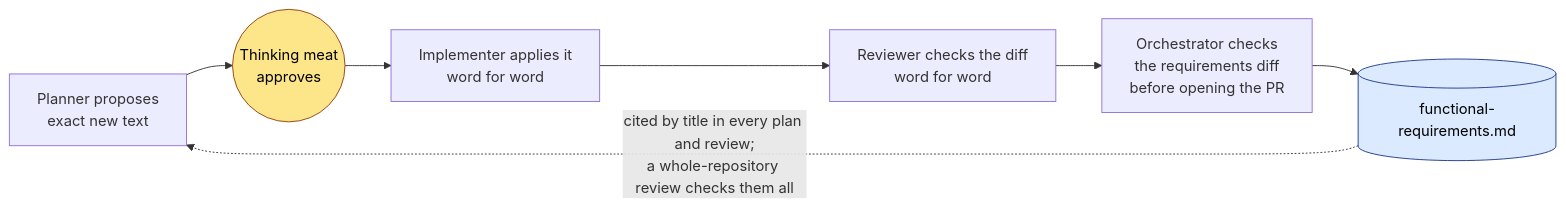
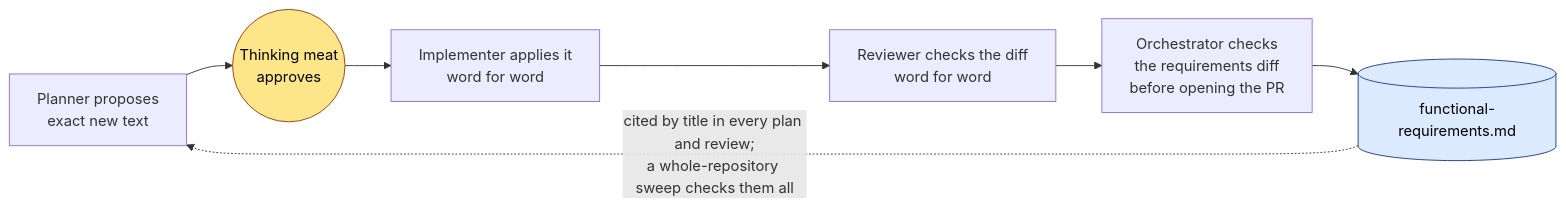
The third of 5 diagrams in .claude/skills/README.md (kkestell/ox), drawn with Mermaid before and after one commit. The commit also changed 7 other files, not shown here.

First line of the commit message:
Review by concern, and sweep the whole repository with /ox-sweep (#102)

````diff
--- a/.claude/skills/README.md
+++ b/.claude/skills/README.md
@@ -80,14 +80,14 @@
 ```mermaid
 flowchart LR
     Plan["Planner proposes<br/>exact new text"] --> You(("Thinking meat<br/>approves"))
     You --> Work["Implementer applies it<br/>word for word"]
     Work --> Review["Reviewer checks the diff<br/>word for word"]
     Review --> Orch["Orchestrator checks<br/>the requirements diff<br/>before opening the PR"]
     Orch --> FR[("functional-requirements.md")]
-    FR -. "cited by title in every plan and review;<br/>a whole-repository review checks them all" .-> Plan
+    FR -. "cited by title in every plan and review;<br/>a whole-repository sweep checks them all" .-> Plan
 
     classDef you fill:#fde68a,stroke:#92400e,color:#000
     classDef doc fill:#dbeafe,stroke:#1e3a8a,color:#000
     class You you
     class FR doc
 ```
````
